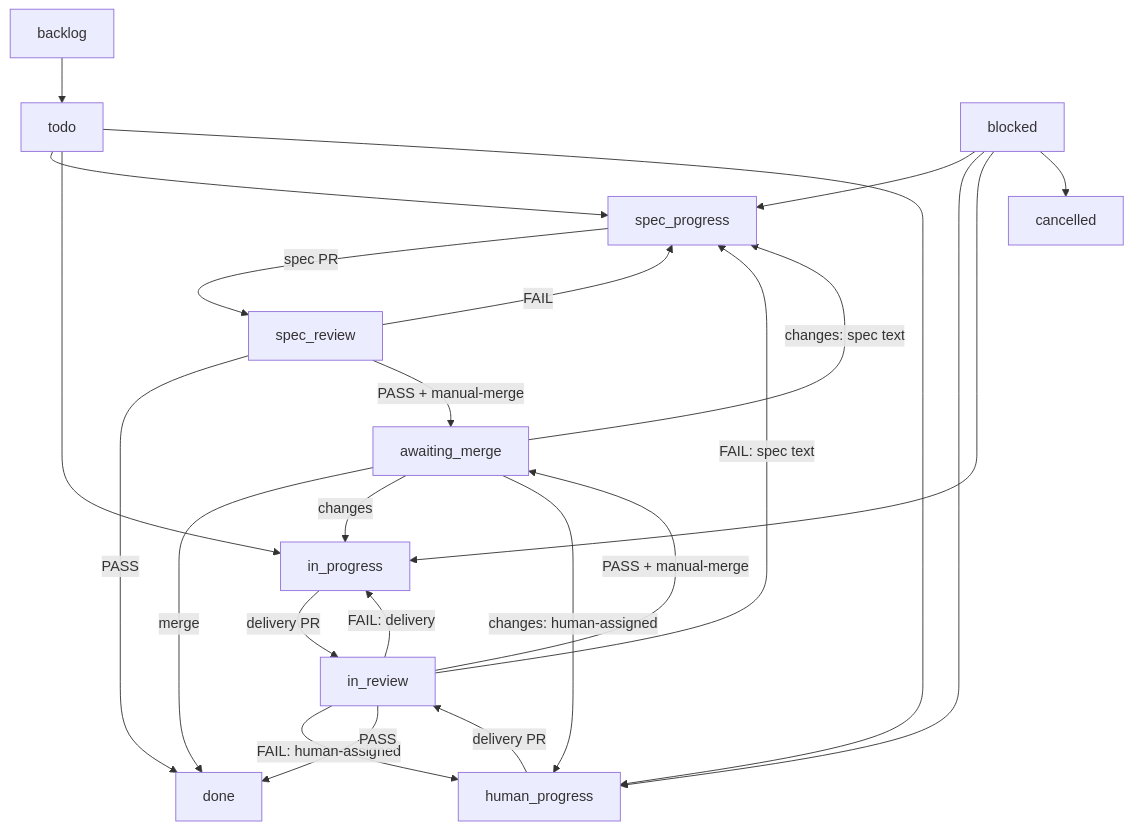
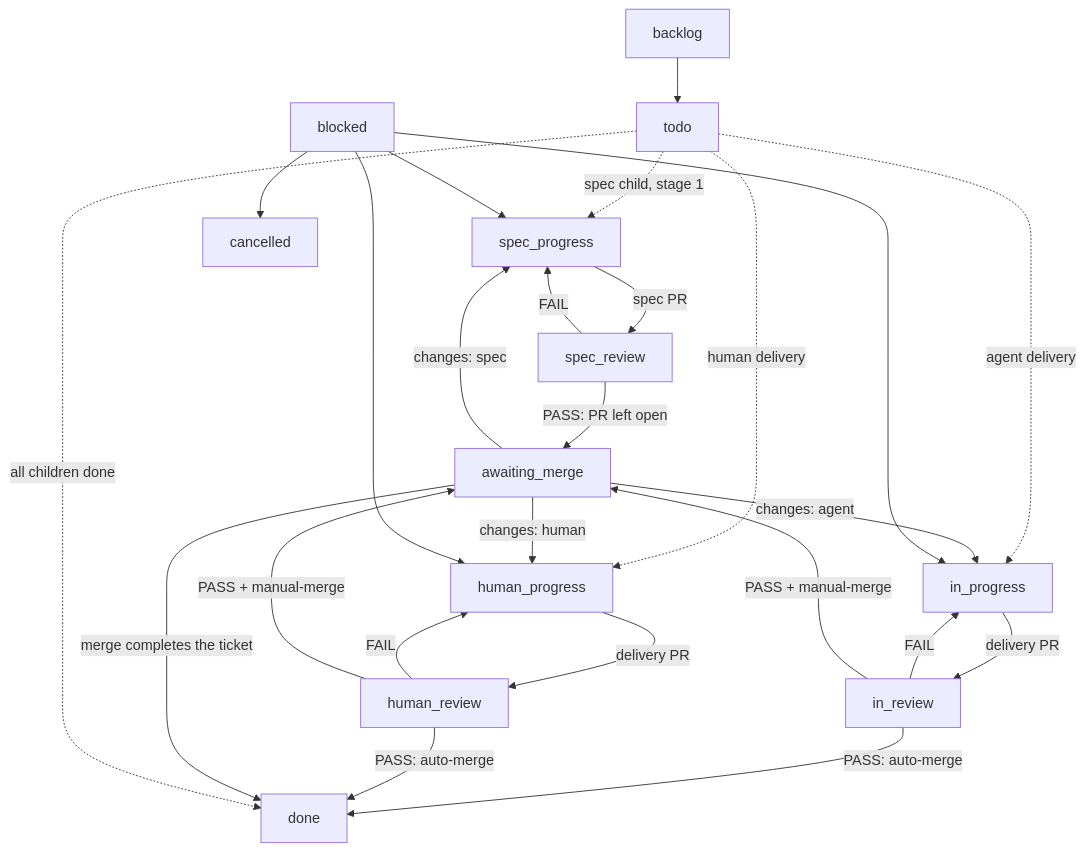
The diagram in docs/factory.md (miran248/multica-workspace), drawn with Mermaid before and after one commit. The commit also changed other lines of this file and 16 other files, not shown here.

First line of the commit message:
feat(workflow): approve the spec by merge and review human work in its own column (#23)

````diff
--- a/docs/factory.md
+++ b/docs/factory.md
@@ -13,26 +15,27 @@
 ```mermaid
 flowchart TD
   backlog --> todo
-  todo --> spec_progress
+  todo -.->|"spec child, stage 1"| spec_progress
+  todo -.->|"agent delivery"| in_progress
+  todo -.->|"human delivery"| human_progress
   spec_progress -->|"spec PR"| spec_review
   spec_review -->|"FAIL"| spec_progress
-  spec_review -->|"PASS"| done
-  spec_review -->|"PASS + manual-merge"| awaiting_merge
-  todo --> in_progress
-  todo --> human_progress
+  spec_review -->|"PASS: PR left open"| awaiting_merge
   in_progress -->|"delivery PR"| in_review
-  human_progress -->|"delivery PR"| in_review
-  in_review -->|"FAIL: delivery"| in_progress
-  in_review -->|"FAIL: human-assigned"| human_progress
-  in_review -->|"FAIL: spec text"| spec_progress
-  in_review -->|"PASS"| done
+  human_progress -->|"delivery PR"| human_review
+  in_review -->|"FAIL"| in_progress
+  human_review -->|"FAIL"| human_progress
   in_review -->|"PASS + manual-merge"| awaiting_merge
-  awaiting_merge -->|"merge"| done
-  awaiting_merge -->|"changes"| in_progress
-  awaiting_merge -->|"changes: human-assigned"| human_progress
-  awaiting_merge -->|"changes: spec text"| spec_progress
+  human_review -->|"PASS + manual-merge"| awaiting_merge
+  in_review -->|"PASS: auto-merge"| done
+  human_review -->|"PASS: auto-merge"| done
+  awaiting_merge -->|"merge completes the ticket"| done
+  awaiting_merge -->|"changes: spec"| spec_progress
+  awaiting_merge -->|"changes: agent"| in_progress
+  awaiting_merge -->|"changes: human"| human_progress
   blocked --> spec_progress
   blocked --> human_progress
   blocked --> in_progress
   blocked --> cancelled
+  todo -.->|"all children done"| done
 ```
````
